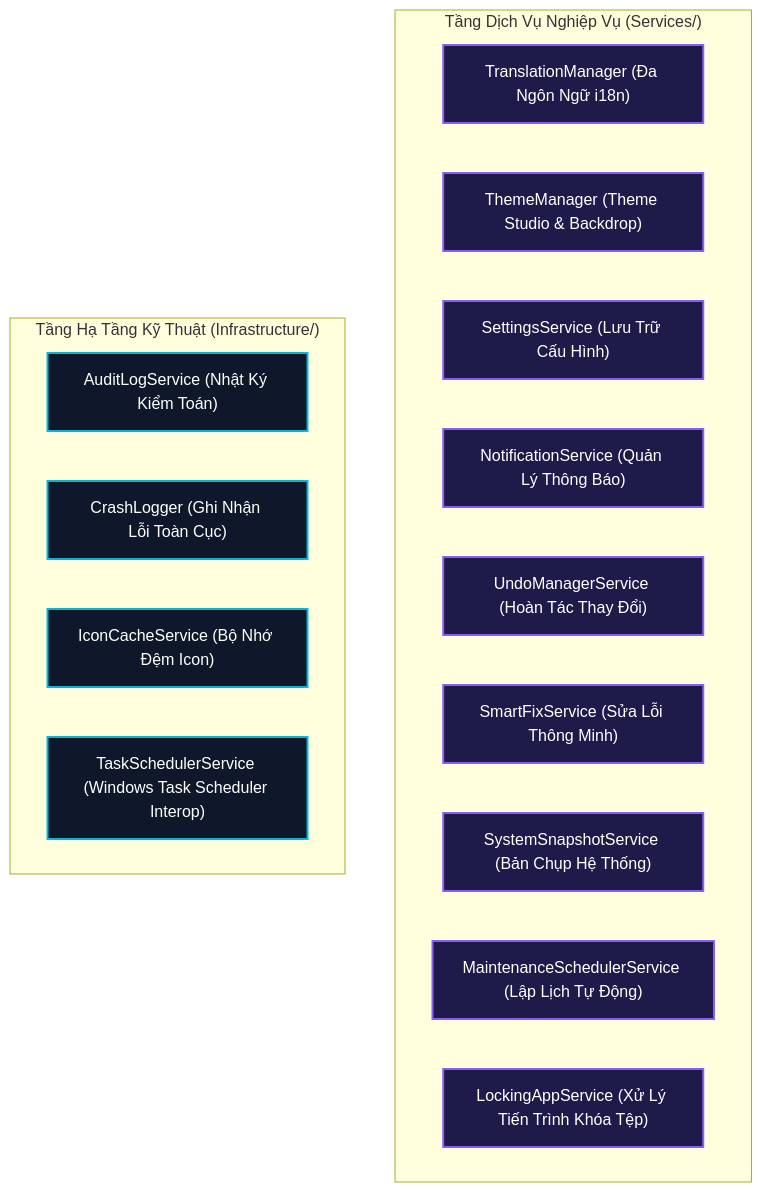
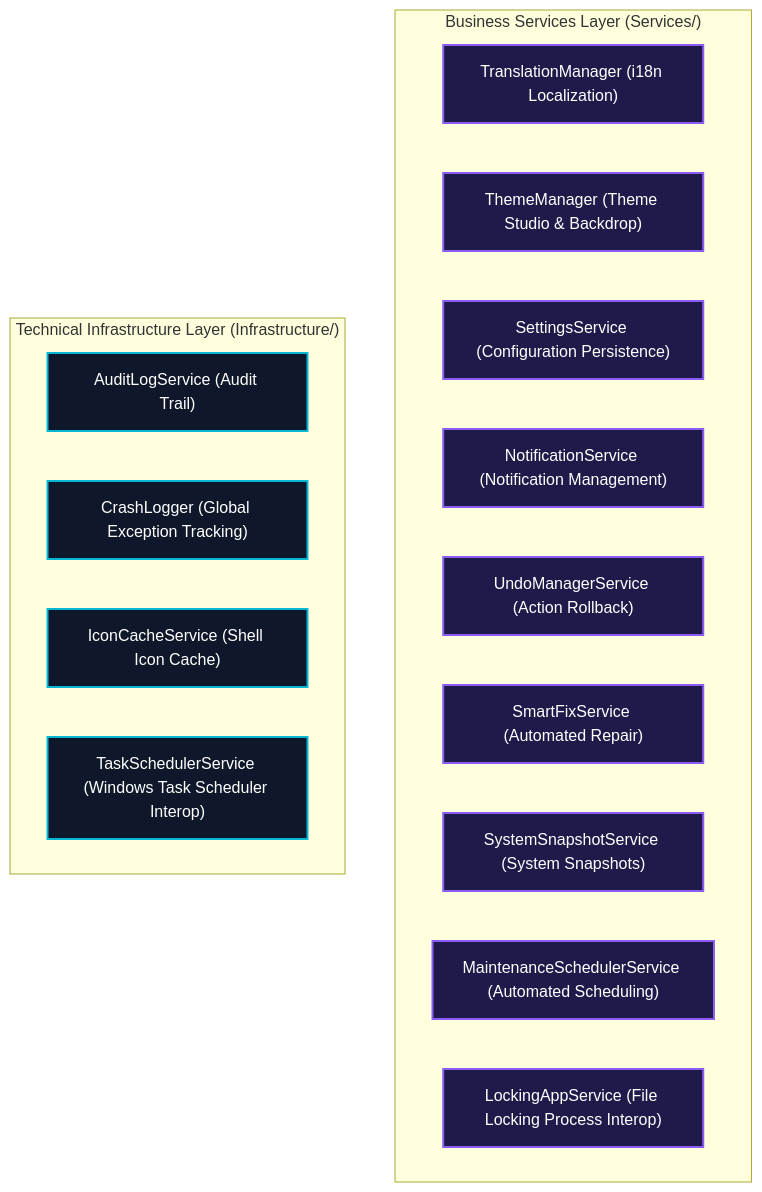
One commit to Nguyen-Trung-Tien/WinCarePro changed the diagram in docs/06_SERVICES_AND_INFRASTRUCTURE.md. Above: the diagram before and after it, drawn with Mermaid. The commit also changed other lines of this file and 39 other files, not shown here.

Commit message:
docs: add comprehensive system documentation, architecture guides, developer onboarding, and AI agent rule/skill sets

````diff
--- a/docs/06_SERVICES_AND_INFRASTRUCTURE.md
+++ b/docs/06_SERVICES_AND_INFRASTRUCTURE.md
@@ -11,24 +11,24 @@
 ```mermaid
 graph TD
     classDef svc fill:#1e1b4b,stroke:#8b5cf6,stroke-width:2px,color:#fff;
     classDef infra fill:#0f172a,stroke:#06b6d4,stroke-width:2px,color:#fff;
 
-    subgraph Business_Services ["Tầng Dịch Vụ Nghiệp Vụ (Services/)"]
-        TransSvc["TranslationManager (Đa Ngôn Ngữ i18n)"]:::svc
+    subgraph Business_Services ["Business Services Layer (Services/)"]
+        TransSvc["TranslationManager (i18n Localization)"]:::svc
         ThemeSvc["ThemeManager (Theme Studio & Backdrop)"]:::svc
-        SetSvc["SettingsService (Lưu Trữ Cấu Hình)"]:::svc
-        NotifSvc["NotificationService (Quản Lý Thông Báo)"]:::svc
-        UndoSvc["UndoManagerService (Hoàn Tác Thay Đổi)"]:::svc
-        SmartFix["SmartFixService (Sửa Lỗi Thông Minh)"]:::svc
-        SnapSvc["SystemSnapshotService (Bản Chụp Hệ Thống)"]:::svc
-        SchedSvc["MaintenanceSchedulerService (Lập Lịch Tự Động)"]:::svc
-        LockSvc["LockingAppService (Xử Lý Tiến Trình Khóa Tệp)"]:::svc
+        SetSvc["SettingsService (Configuration Persistence)"]:::svc
+        NotifSvc["NotificationService (Notification Management)"]:::svc
+        UndoSvc["UndoManagerService (Action Rollback)"]:::svc
+        SmartFix["SmartFixService (Automated Repair)"]:::svc
+        SnapSvc["SystemSnapshotService (System Snapshots)"]:::svc
+        SchedSvc["MaintenanceSchedulerService (Automated Scheduling)"]:::svc
+        LockSvc["LockingAppService (File Locking Process Interop)"]:::svc
     end
 
-    subgraph Technical_Infrastructure ["Tầng Hạ Tầng Kỹ Thuật (Infrastructure/)"]
-        AuditLog["AuditLogService (Nhật Ký Kiểm Toán)"]:::infra
-        CrashLog["CrashLogger (Ghi Nhận Lỗi Toàn Cục)"]:::infra
-        IconCache["IconCacheService (Bộ Nhớ Đệm Icon)"]:::infra
+    subgraph Technical_Infrastructure ["Technical Infrastructure Layer (Infrastructure/)"]
+        AuditLog["AuditLogService (Audit Trail)"]:::infra
+        CrashLog["CrashLogger (Global Exception Tracking)"]:::infra
+        IconCache["IconCacheService (Shell Icon Cache)"]:::infra
         TaskSched["TaskSchedulerService (Windows Task Scheduler Interop)"]:::infra
     end
 ```
````
